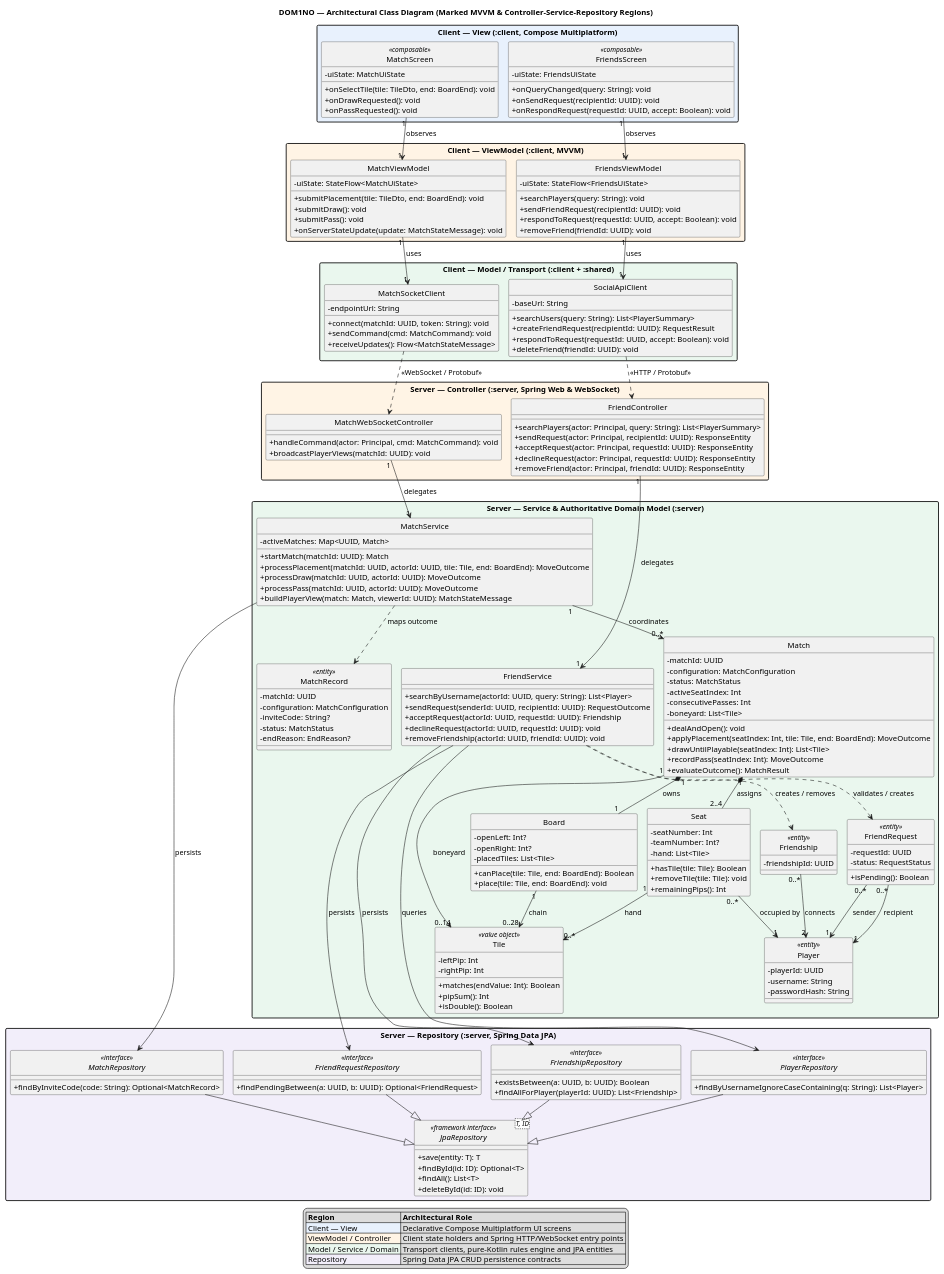
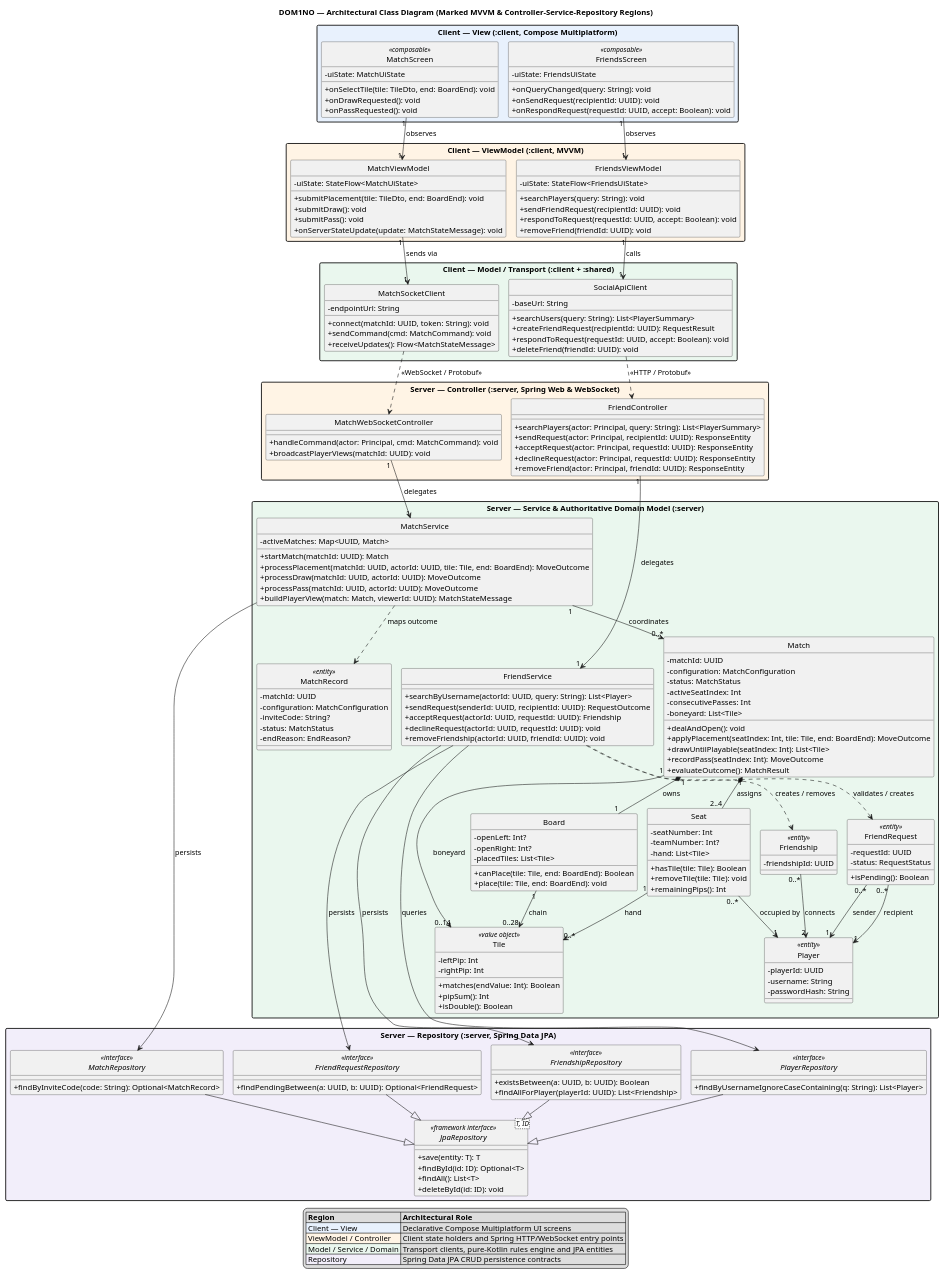
One commit to fearless-dhbw/dom1no changed the diagram in docs/diagrams/architecture-class-diagram.puml. Above: the diagram before and after it, drawn with PlantUML. The commit also changed 3 other files, not shown here.

Commit message:
DOM-43: align architecture overview and class diagrams with strict UML 2.5.1 notation

```diff
--- a/docs/diagrams/architecture-class-diagram.puml
+++ b/docs/diagrams/architecture-class-diagram.puml
@@ -187,8 +187,8 @@
 ' Client MVVM relationships
 MatchScreen "1" --> "1" MatchViewModel : observes
 FriendsScreen "1" --> "1" FriendsViewModel : observes
-MatchViewModel "1" --> "1" MatchSocketClient : uses
-FriendsViewModel "1" --> "1" SocialApiClient : uses
+MatchViewModel "1" --> "1" MatchSocketClient : sends via
+FriendsViewModel "1" --> "1" SocialApiClient : calls
 
 ' Cross-process transport dependencies
 MatchSocketClient ..> MatchWebSocketController : <<WebSocket / Protobuf>>
```
